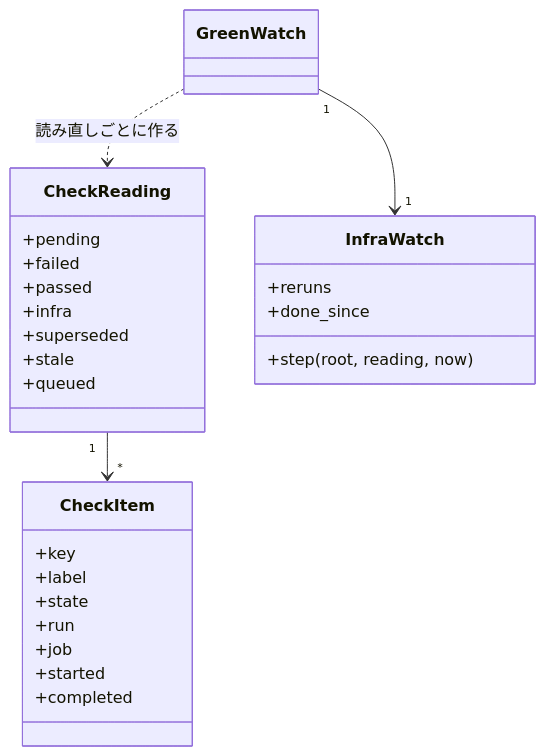
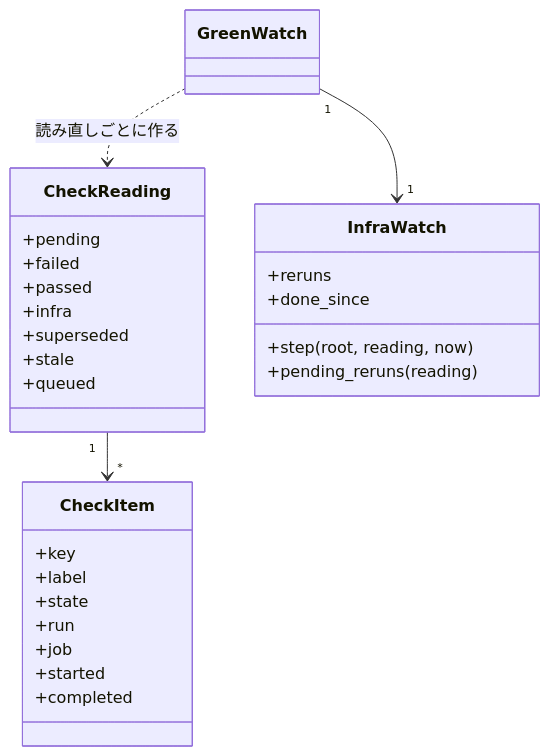
One commit to devbasex/ai-plugins changed the second of 5 diagrams in issues/issue-1645-design.md. Above: the diagram before and after it, drawn with Mermaid. The commit also changed other lines of this file, not shown here.

First line of the commit message:
design(#1645): 待ちの上限で再実行したジョブが pending なら基盤待ち（75）で止める

````diff
--- a/issues/issue-1645-design.md
+++ b/issues/issue-1645-design.md
@@ -149,29 +149,30 @@
 ```mermaid
 classDiagram
   class CheckItem {
     +key
     +label
     +state
     +run
     +job
     +started
     +completed
   }
   class CheckReading {
     +pending
     +failed
     +passed
     +infra
     +superseded
     +stale
     +queued
   }
   class InfraWatch {
     +reruns
     +done_since
     +step(root, reading, now)
+    +pending_reruns(reading)
   }
   CheckReading "1" --> "*" CheckItem
   GreenWatch "1" --> "1" InfraWatch
   GreenWatch ..> CheckReading: 読み直しごとに作る
 ```
````
